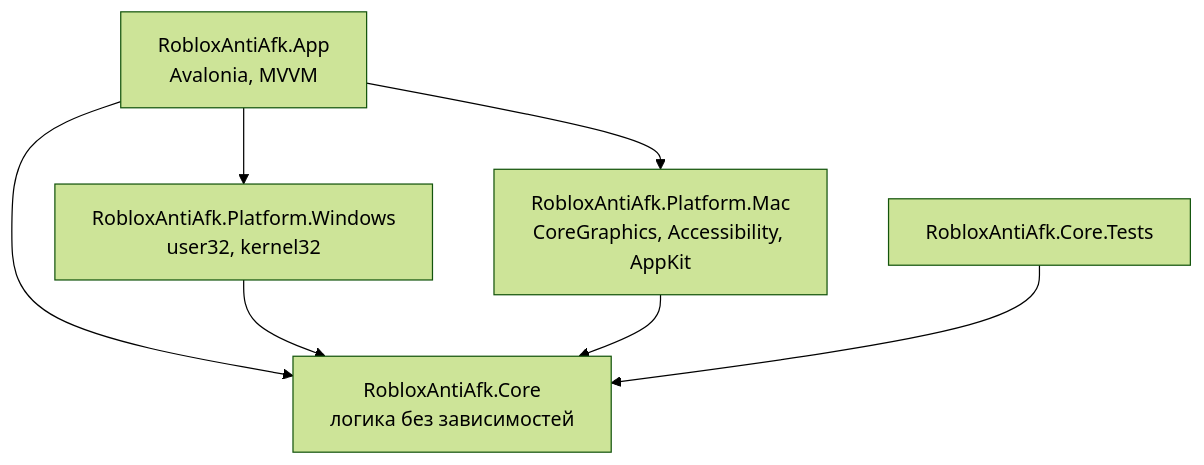
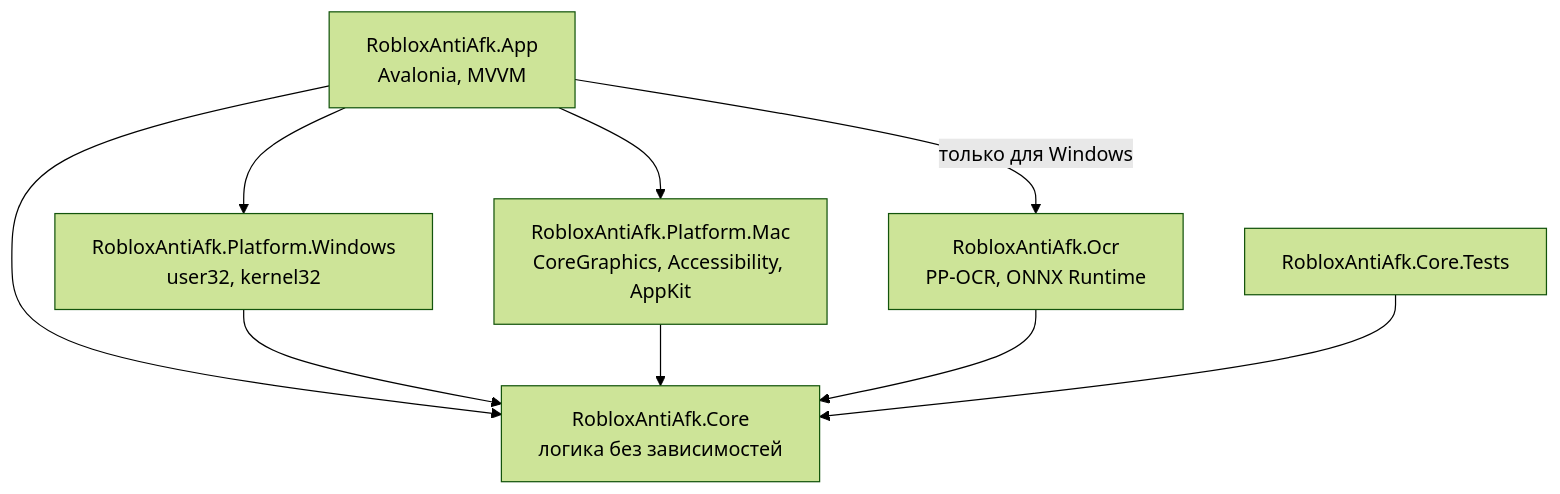
Before and after one commit to bone1nis/BloxPilot-for-Roblox: the diagram in README.md, drawn with Mermaid (forest theme). The commit also changed other lines of this file and 79 other files, not shown here.

````diff
--- a/README.md
+++ b/README.md
@@ -111,9 +152,11 @@
 ```mermaid
 flowchart TD
     App["RobloxAntiAfk.App<br/>Avalonia, MVVM"] --> Core
     App --> Win["RobloxAntiAfk.Platform.Windows<br/>user32, kernel32"]
     App --> Mac["RobloxAntiAfk.Platform.Mac<br/>CoreGraphics, Accessibility, AppKit"]
     Win --> Core["RobloxAntiAfk.Core<br/>логика без зависимостей"]
     Mac --> Core
+    App -->|только для Windows| Ocr["RobloxAntiAfk.Ocr<br/>PP-OCR, ONNX Runtime"]
+    Ocr --> Core
     Tests["RobloxAntiAfk.Core.Tests"] --> Core
 ```
````
